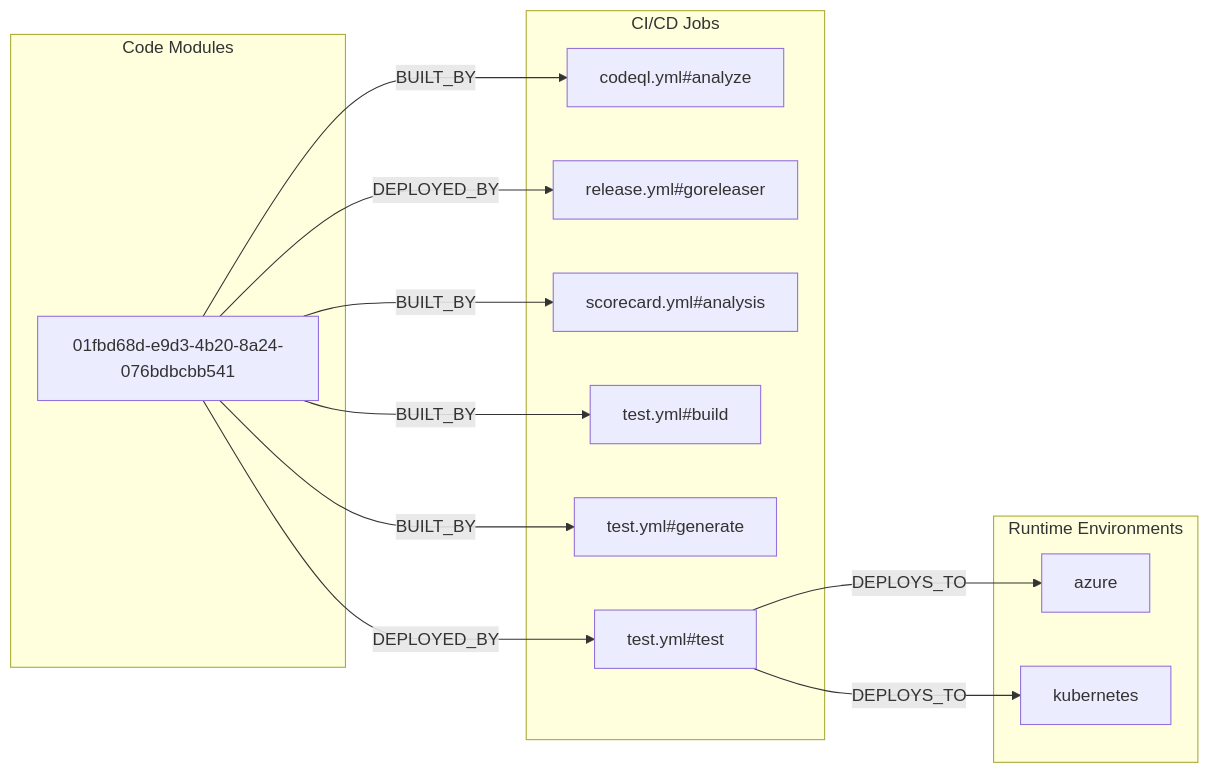
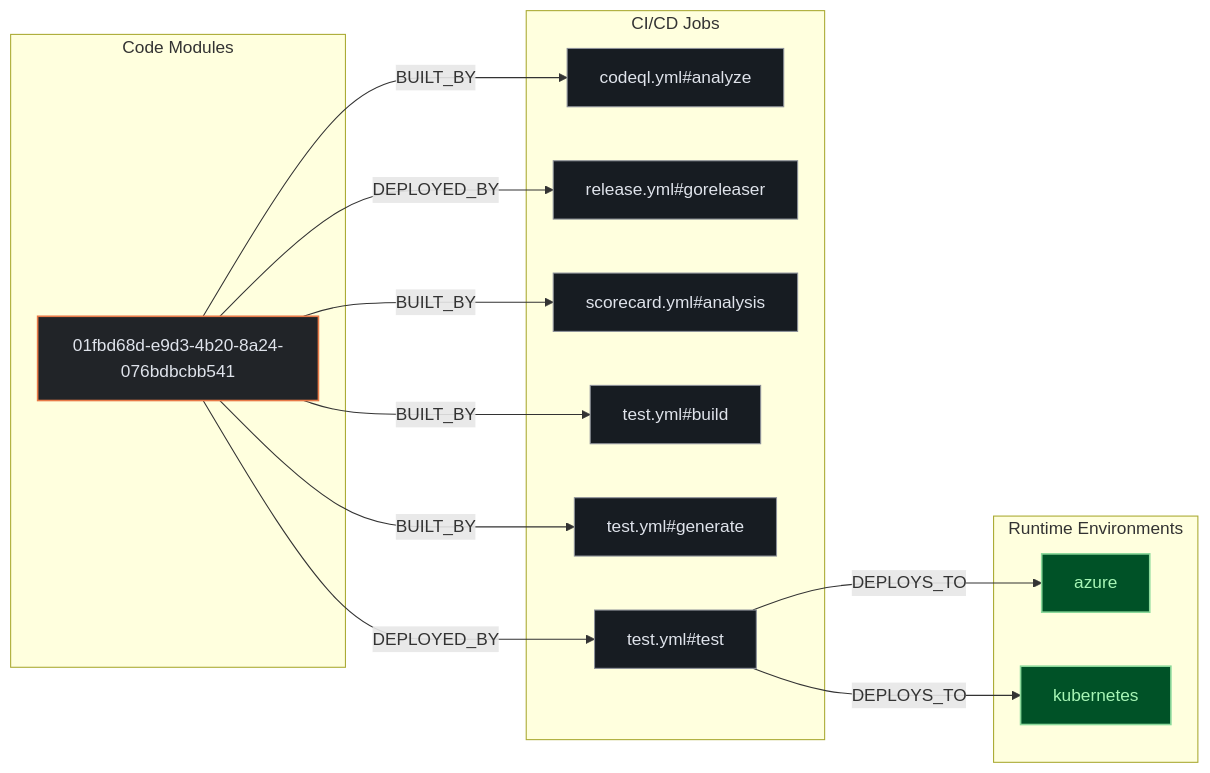
Before and after one commit to kumarshaz/atruss-code-atlas: the second of 3 diagrams in exports/latest/reports/goharbor-terraform-provider-harbor-report.md, drawn with Mermaid. The commit also changed other lines of this file and 331 other files, not shown here.

Commit message:
docs,ui,fix: update SDLC docs, reorder CI/CD DAG first, stylize Mermaid, and fix Arc42 pipeline topology

````diff
--- a/exports/latest/reports/goharbor-terraform-provider-harbor-report.md
+++ b/exports/latest/reports/goharbor-terraform-provider-harbor-report.md
@@ -179,26 +186,30 @@
 ```mermaid
 flowchart LR
+    classDef atlasCategory fill:#212428,stroke:#E87A48,stroke-width:1.5px,color:#dfe3eb
+    classDef atlasWorkflow fill:#1b2026,stroke:#a3c9ff,stroke-width:1.5px,color:#dfe3eb
+    classDef atlasJob fill:#171c22,stroke:#8d9199,stroke-width:1px,color:#dfe3eb
+    classDef atlasTarget fill:#005227,stroke:#8bd99b,stroke-width:1.5px,color:#a7f6b6
     subgraph code_modules["Code Modules"]
-        mod_01fbd68d_e9d3_4b20_8a24_076bdbcbb541["01fbd68d-e9d3-4b20-8a24-076bdbcbb541"]
+        mod_01fbd68d_e9d3_4b20_8a24_076bdbcbb541["01fbd68d-e9d3-4b20-8a24-076bdbcbb541"]:::atlasCategory
     end
     subgraph ci_jobs["CI/CD Jobs"]
-        job_codeql_yml_analyze["codeql.yml#analyze"]
-        job_release_yml_goreleaser["release.yml#goreleaser"]
-        job_scorecard_yml_analysis["scorecard.yml#analysis"]
-        job_test_yml_build["test.yml#build"]
-        job_test_yml_generate["test.yml#generate"]
-        job_test_yml_test["test.yml#test"]
+        job_codeql_yml_analyze["codeql.yml#analyze"]:::atlasJob
+        job_release_yml_goreleaser["release.yml#goreleaser"]:::atlasJob
+        job_scorecard_yml_analysis["scorecard.yml#analysis"]:::atlasJob
+        job_test_yml_build["test.yml#build"]:::atlasJob
+        job_test_yml_generate["test.yml#generate"]:::atlasJob
+        job_test_yml_test["test.yml#test"]:::atlasJob
     end
     subgraph runtime_envs["Runtime Environments"]
-        env_azure["azure"]
-        env_kubernetes["kubernetes"]
+        env_azure["azure"]:::atlasTarget
+        env_kubernetes["kubernetes"]:::atlasTarget
     end
     job_test_yml_test -->|DEPLOYS_TO| env_azure
     job_test_yml_test -->|DEPLOYS_TO| env_kubernetes
     mod_01fbd68d_e9d3_4b20_8a24_076bdbcbb541 -->|BUILT_BY| job_codeql_yml_analyze
     mod_01fbd68d_e9d3_4b20_8a24_076bdbcbb541 -->|BUILT_BY| job_scorecard_yml_analysis
     mod_01fbd68d_e9d3_4b20_8a24_076bdbcbb541 -->|BUILT_BY| job_test_yml_build
     mod_01fbd68d_e9d3_4b20_8a24_076bdbcbb541 -->|BUILT_BY| job_test_yml_generate
     mod_01fbd68d_e9d3_4b20_8a24_076bdbcbb541 -->|DEPLOYED_BY| job_release_yml_goreleaser
     mod_01fbd68d_e9d3_4b20_8a24_076bdbcbb541 -->|DEPLOYED_BY| job_test_yml_test
 ```
````
